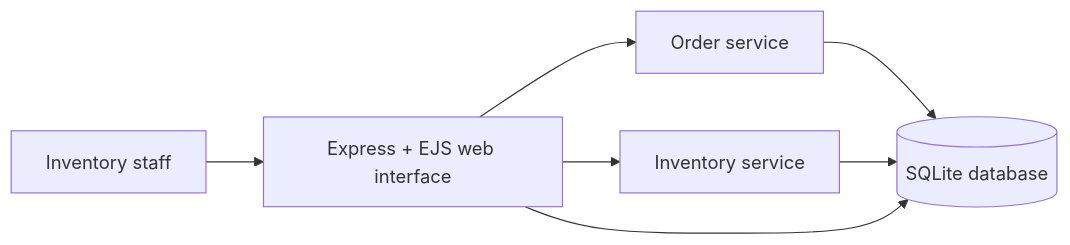
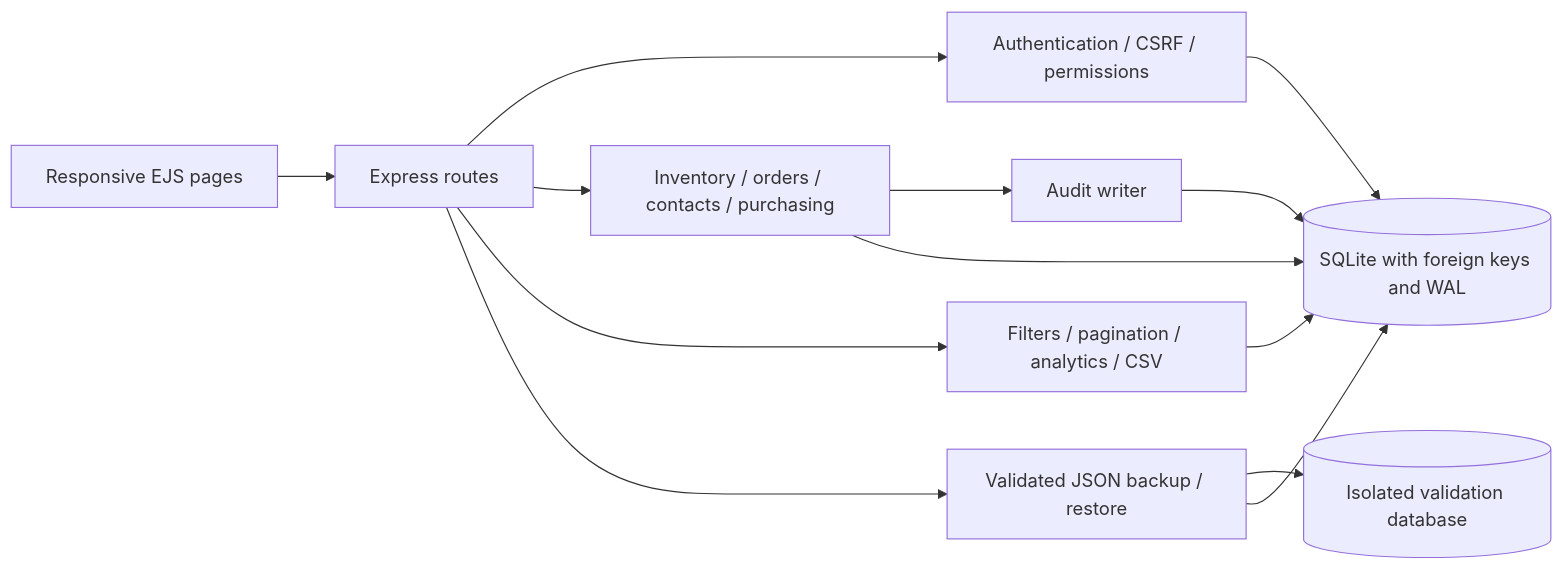
The first of 2 diagrams in docs/architecture.md (Saad7323/inventory-order-management), drawn with Mermaid before and after one commit. The commit also changed other lines of this file and 11 other files, not shown here.

````diff
--- a/docs/architecture.md
+++ b/docs/architecture.md
@@ -5,9 +5,15 @@
 ```mermaid
 flowchart LR
-  User[Inventory staff] --> UI[Express + EJS web interface]
-  UI --> Orders[Order service]
-  UI --> Inventory[Inventory service]
-  Orders --> DB[(SQLite database)]
-  Inventory --> DB
-  UI --> DB
+  Browser[Responsive EJS pages] --> Web[Express routes]
+  Web --> Auth[Authentication / CSRF / permissions]
+  Web --> Services[Inventory / orders / contacts / purchasing]
+  Web --> Queries[Filters / pagination / analytics / CSV]
+  Services --> Audit[Audit writer]
+  Services --> DB[(SQLite with foreign keys and WAL)]
+  Queries --> DB
+  Auth --> DB
+  Audit --> DB
+  Web --> Backup[Validated JSON backup / restore]
+  Backup --> Staging[(Isolated validation database)]
+  Backup --> DB
 ```
````
